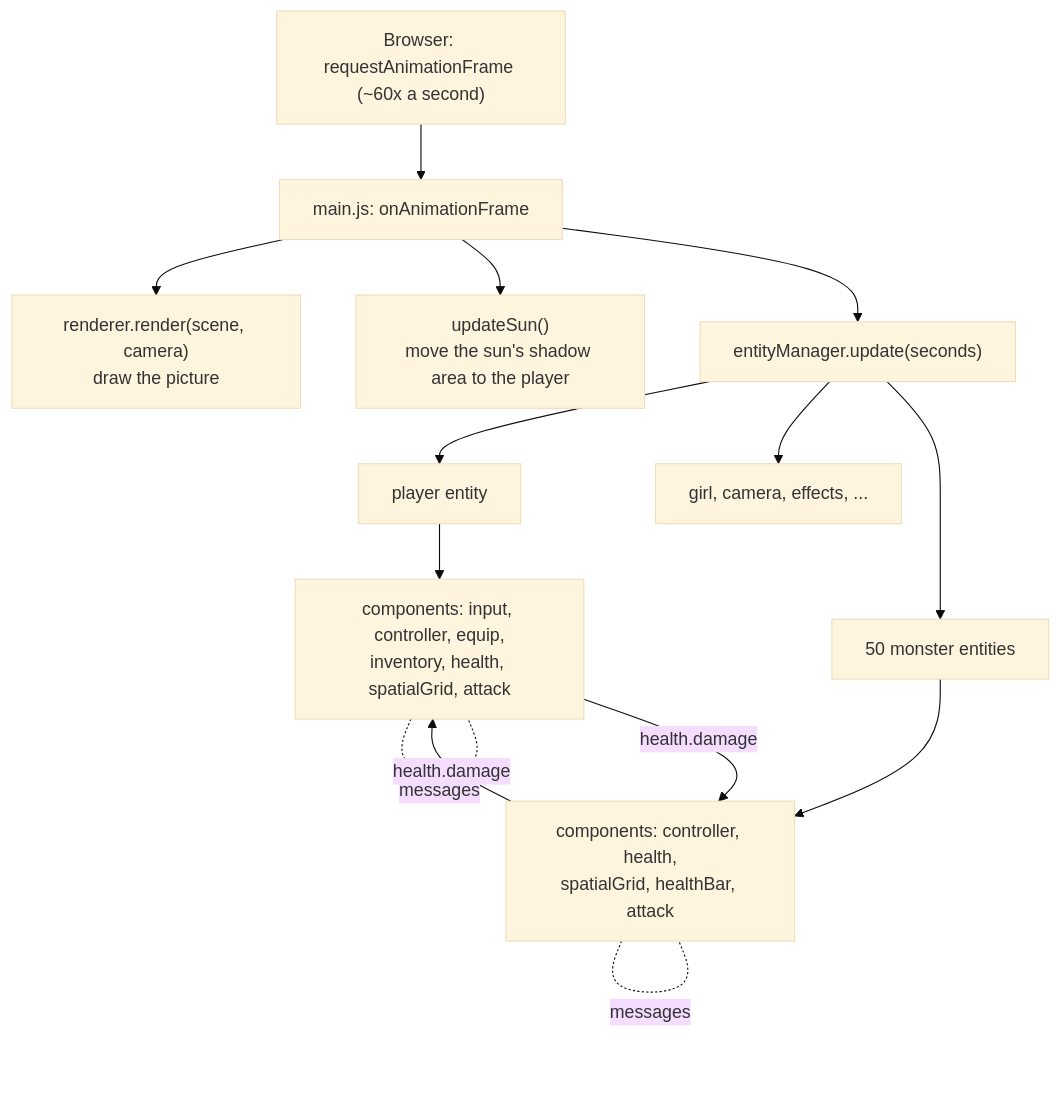
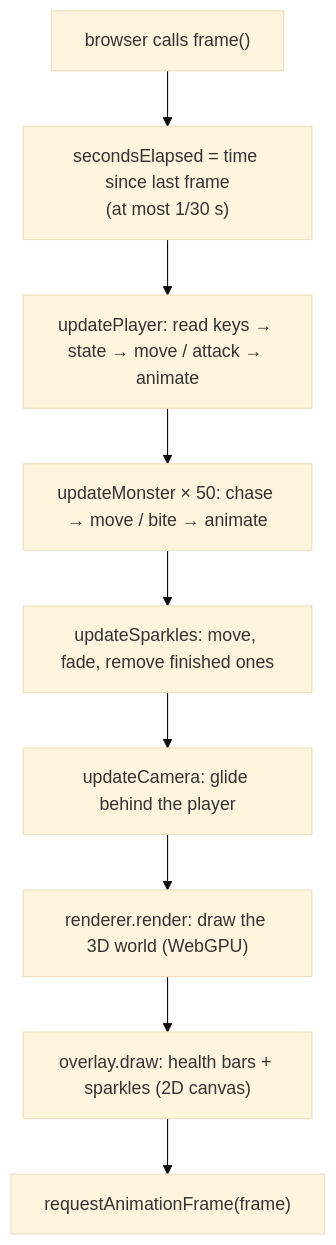
The first of 2 diagrams in docs/03-architecture.md (rockie-yang/Quick_3D_RPG), drawn with Mermaid (base theme) before and after one commit. The commit also changed other lines of this file and 48 other files, not shown here.

First line of the commit message:
Replace three.js with a small WebGPU renderer; simplify the architecture

````diff
--- a/docs/03-architecture.md
+++ b/docs/03-architecture.md
@@ -129,16 +81,11 @@
 ```mermaid
 flowchart TD
-    Browser["Browser: requestAnimationFrame (~60x a second)"] --> Loop["main.js: onAnimationFrame"]
-    Loop --> Render["renderer.render(scene, camera)<br/>draw the picture"]
-    Loop --> Sun["updateSun()<br/>move the sun's shadow area to the player"]
-    Loop --> Manager["entityManager.update(seconds)"]
-    Manager --> E1["player entity"]
-    Manager --> E2["50 monster entities"]
-    Manager --> E3["girl, camera, effects, ..."]
-    E1 --> C1["components: input, controller, equip,<br/>inventory, health, spatialGrid, attack"]
-    E2 --> C2["components: controller, health,<br/>spatialGrid, healthBar, attack"]
-    C1 -. messages .- C1
-    C2 -. messages .- C2
-    C1 -- "health.damage" --> C2
-    C2 -- "health.damage" --> C1
+    Start["browser calls frame()"] --> Time["secondsElapsed = time since last frame<br/>(at most 1/30 s)"]
+    Time --> Player["updatePlayer: read keys → state → move / attack → animate"]
+    Player --> Monsters["updateMonster × 50: chase → move / bite → animate"]
+    Monsters --> Sparkles["updateSparkles: move, fade, remove finished ones"]
+    Sparkles --> Camera["updateCamera: glide behind the player"]
+    Camera --> Render["renderer.render: draw the 3D world (WebGPU)"]
+    Render --> Overlay["overlay.draw: health bars + sparkles (2D canvas)"]
+    Overlay --> Next["requestAnimationFrame(frame)"]
 ```
````
